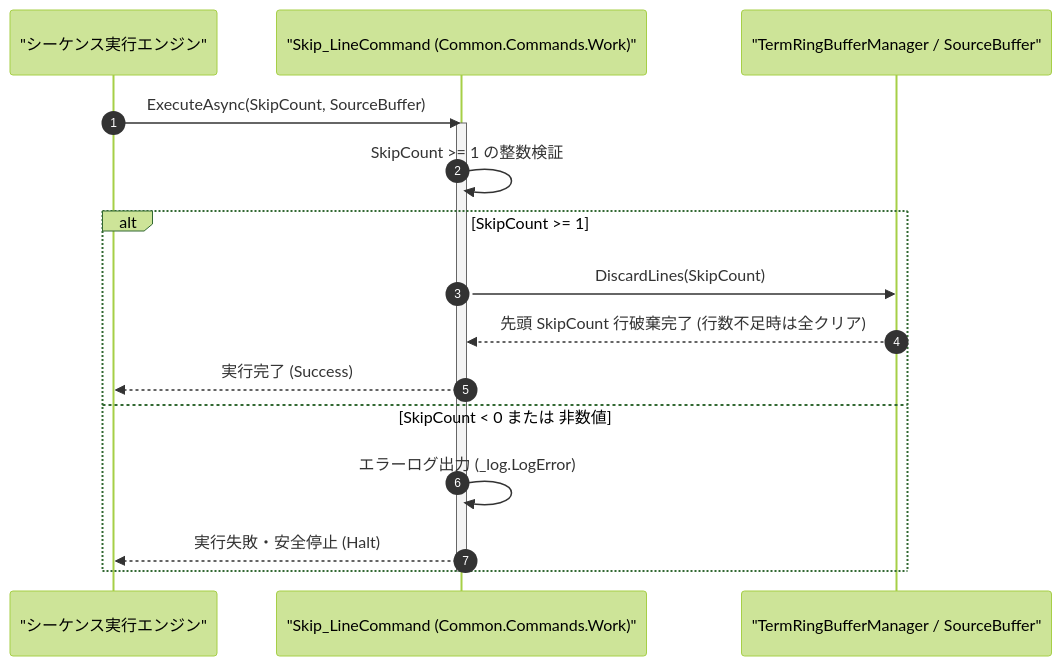
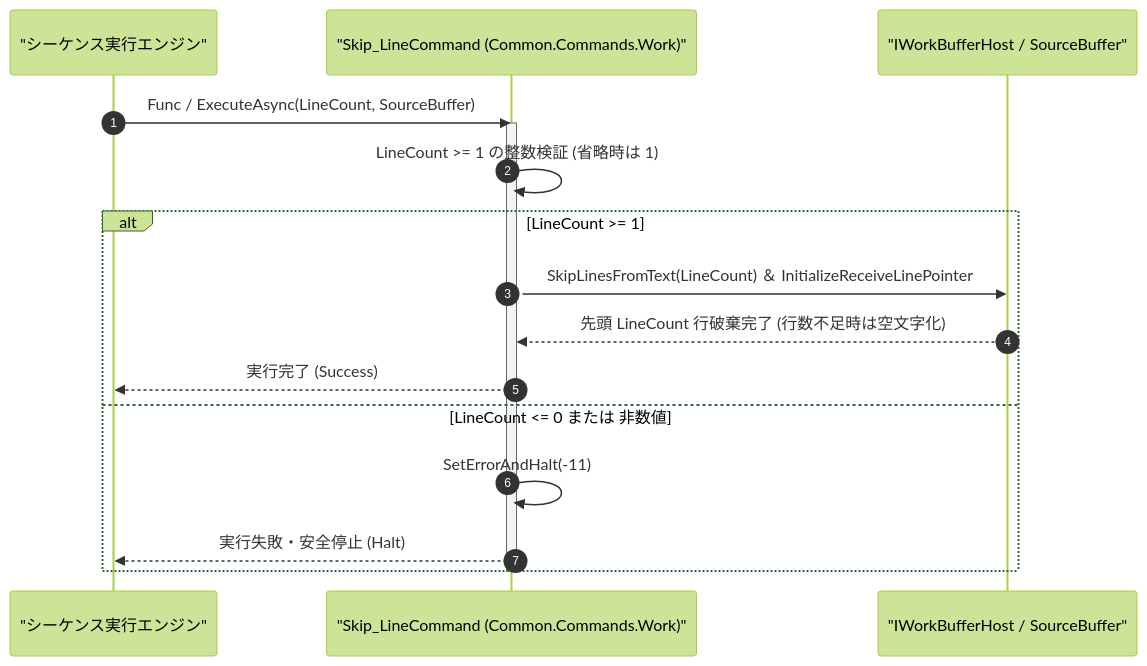
One commit to Monaca-App/TermAddIn changed the diagram in Manual/Core/Work/Skip_Line.Md. Above: the diagram before and after it, drawn with Mermaid (forest theme). The commit also changed other lines of this file and 40 other files, not shown here.

````diff
--- a/Manual/Core/Work/Skip_Line.Md
+++ b/Manual/Core/Work/Skip_Line.Md
@@ -69,20 +69,20 @@
 ```mermaid
 sequenceDiagram
     autonumber
     participant Engine as "シーケンス実行エンジン"
     participant Cmd as "Skip_LineCommand (Common.Commands.Work)"
-    participant Ring as "TermRingBufferManager / SourceBuffer"
+    participant Ring as "IWorkBufferHost / SourceBuffer"
 
-    Engine->>Cmd: ExecuteAsync(SkipCount, SourceBuffer)
+    Engine->>Cmd: Func / ExecuteAsync(LineCount, SourceBuffer)
     activate Cmd
-    Cmd->>Cmd: SkipCount >= 1 の整数検証
-    alt SkipCount >= 1
-        Cmd->>Ring: DiscardLines(SkipCount)
-        Ring-->>Cmd: 先頭 SkipCount 行破棄完了 (行数不足時は全クリア)
+    Cmd->>Cmd: LineCount >= 1 の整数検証 (省略時は 1)
+    alt LineCount >= 1
+        Cmd->>Ring: SkipLinesFromText(LineCount) ＆ InitializeReceiveLinePointer
+        Ring-->>Cmd: 先頭 LineCount 行破棄完了 (行数不足時は空文字化)
         Cmd-->>Engine: 実行完了 (Success)
-    else SkipCount < 0 または 非数値
-        Cmd->>Cmd: エラーログ出力 (_log.LogError)
+    else LineCount <= 0 または 非数値
+        Cmd->>Cmd: SetErrorAndHalt(-11)
         Cmd-->>Engine: 実行失敗・安全停止 (Halt)
     end
     deactivate Cmd
 ```
````
